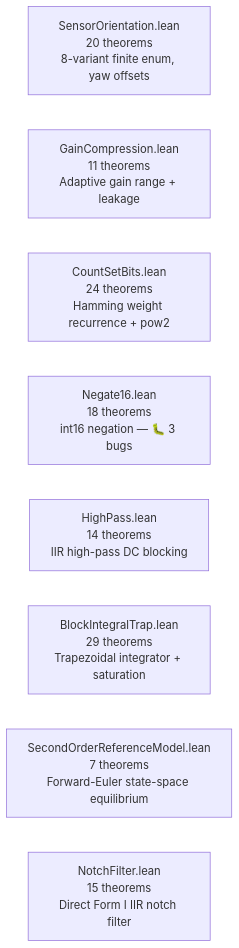
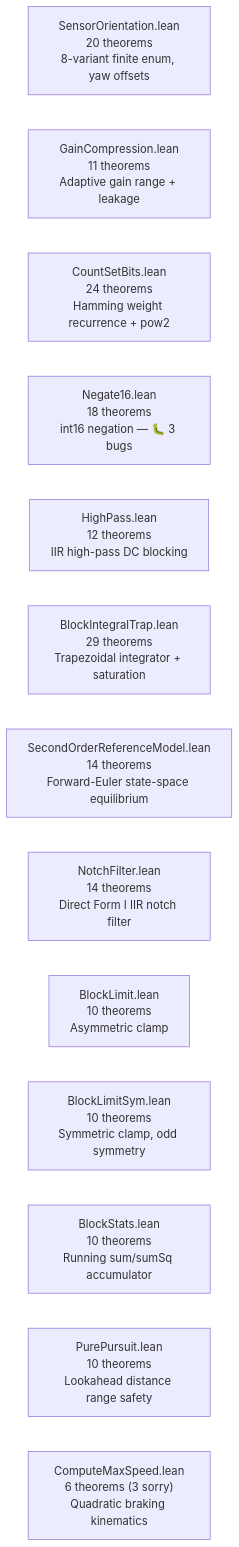
Before and after one commit to dsyme/PX4-Autopilot: diagram 14 of 19 in formal-verification/REPORT.md, drawn with Mermaid. The commit also changed other lines of this file and 2 other files, not shown here.

````diff
--- a/formal-verification/REPORT.md
+++ b/formal-verification/REPORT.md
@@ -470,11 +472,16 @@
 ```mermaid
 graph LR
     SO["SensorOrientation.lean<br/>20 theorems<br/>8-variant finite enum, yaw offsets"]
     GC["GainCompression.lean<br/>11 theorems<br/>Adaptive gain range + leakage"]
     CS["CountSetBits.lean<br/>24 theorems<br/>Hamming weight recurrence + pow2"]
     N16["Negate16.lean<br/>18 theorems<br/>int16 negation — 🐛 3 bugs"]
-    HP["HighPass.lean<br/>14 theorems<br/>IIR high-pass DC blocking"]
+    HP["HighPass.lean<br/>12 theorems<br/>IIR high-pass DC blocking"]
     BIT["BlockIntegralTrap.lean<br/>29 theorems<br/>Trapezoidal integrator + saturation"]
-    SORM["SecondOrderReferenceModel.lean<br/>7 theorems<br/>Forward-Euler state-space equilibrium"]
-    NF["NotchFilter.lean<br/>15 theorems<br/>Direct Form I IIR notch filter"]
+    SORM["SecondOrderReferenceModel.lean<br/>14 theorems<br/>Forward-Euler state-space equilibrium"]
+    NF["NotchFilter.lean<br/>14 theorems<br/>Direct Form I IIR notch filter"]
+    BL["BlockLimit.lean<br/>10 theorems<br/>Asymmetric clamp"]
+    BLS["BlockLimitSym.lean<br/>10 theorems<br/>Symmetric clamp, odd symmetry"]
+    BST["BlockStats.lean<br/>10 theorems<br/>Running sum/sumSq accumulator"]
+    PP["PurePursuit.lean<br/>10 theorems<br/>Lookahead distance range safety"]
+    CMS["ComputeMaxSpeed.lean<br/>6 theorems (3 sorry)<br/>Quadratic braking kinematics"]
 ```
````
